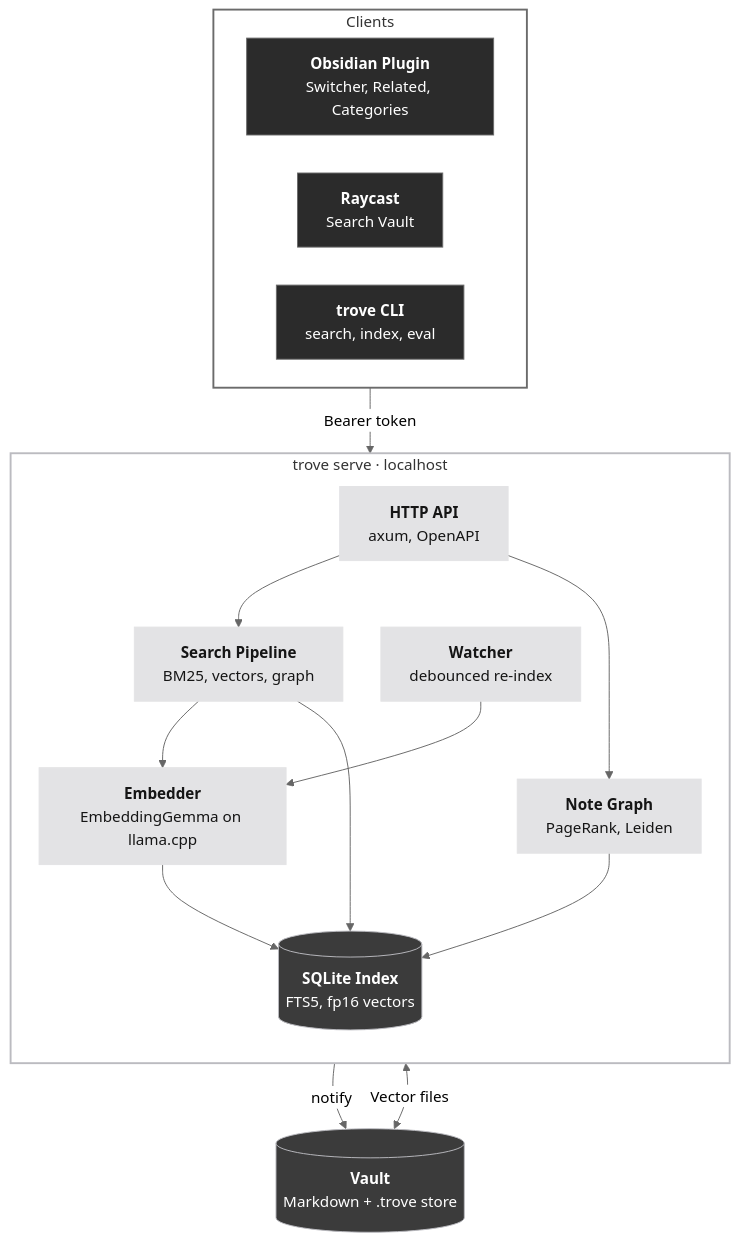
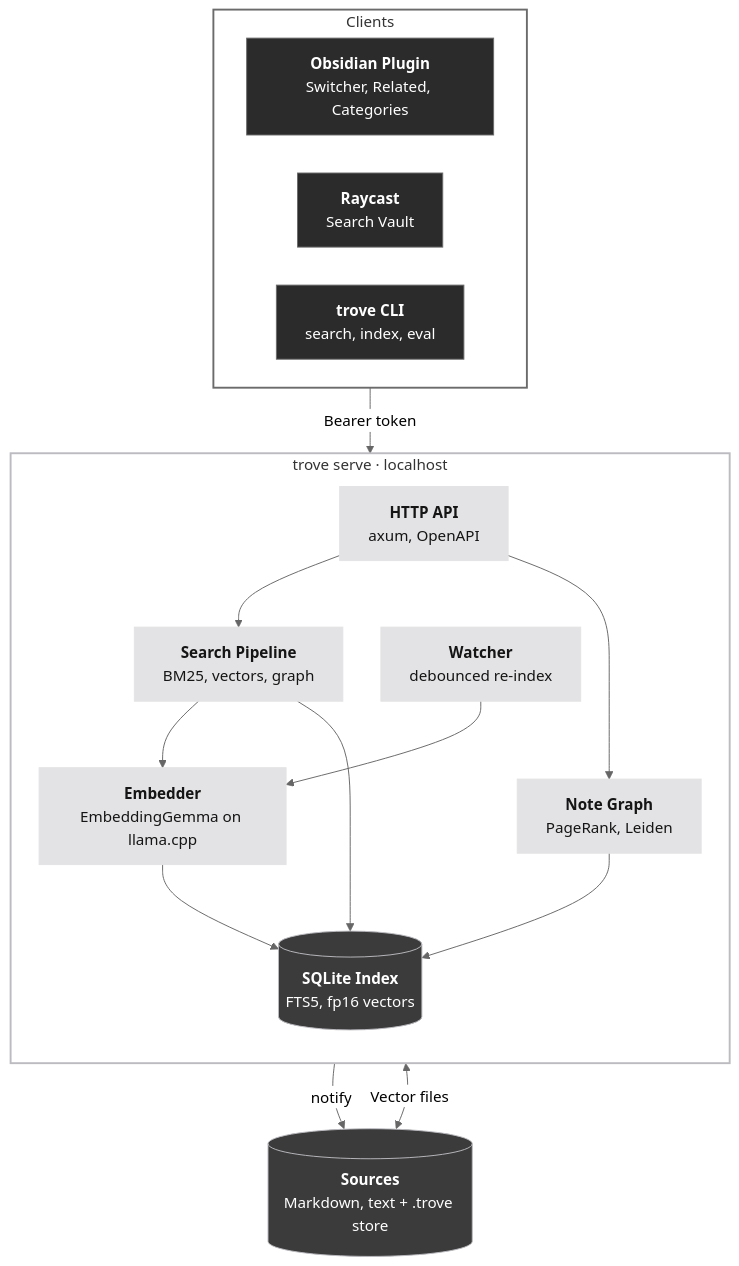
One commit to marioparaschiv/trove changed the diagram in README.md. Above: the diagram before and after it, drawn with Mermaid (neutral theme). The commit also changed other lines of this file and 18 other files, not shown here.

Commit message:
Index plain text files and single-file sources

````diff
--- a/README.md
+++ b/README.md
@@ -126,42 +127,42 @@
 ```mermaid
 %%{init: {"flowchart": {"nodeSpacing": 40, "rankSpacing": 45}}}%%
 flowchart TB
     subgraph Clients["Clients"]
         direction LR
         Obsidian["<b>Obsidian Plugin</b><br/>Switcher, Related, Categories"]
         Raycast["<b>Raycast</b><br/>Search Vault"]
         CLI["<b>trove CLI</b><br/>search, index, eval"]
     end
 
     subgraph Service["trove serve · localhost"]
         direction TB
         API["<b>HTTP API</b><br/>axum, OpenAPI"]
         Watcher["<b>Watcher</b><br/>debounced re-index"]
         Search["<b>Search Pipeline</b><br/>BM25, vectors, graph"]
         Graph["<b>Note Graph</b><br/>PageRank, Leiden"]
         Embedder["<b>Embedder</b><br/>EmbeddingGemma on llama.cpp"]
         Index[("<b>SQLite Index</b><br/>FTS5, fp16 vectors")]
         API --> Search
         API --> Graph
         Watcher --> Embedder
         Search --> Embedder
         Search --> Index
         Graph --> Index
         Embedder --> Index
     end
 
-    Vault[("<b>Vault</b><br/>Markdown + .trove store")]
+    Vault[("<b>Sources</b><br/>Markdown, text + .trove store")]
 
     Clients -->|Bearer token| API
     Watcher -->|notify| Vault
     Index <-->|Vector files| Vault
 
     classDef client fill:#2b2b2b,stroke:#6b6b6b,color:#ffffff
     classDef core fill:#e3e3e5,stroke:#e3e3e5,color:#151515
     classDef data fill:#3b3b3b,stroke:#bbbbc0,color:#ffffff
     class Obsidian,Raycast,CLI client
     class API,Watcher,Search,Graph,Embedder core
     class Index,Vault data
     style Clients fill:transparent,stroke:#6b6b6b,stroke-width:2px
     style Service fill:transparent,stroke:#bbbbc0,stroke-width:2px
 ```
````
